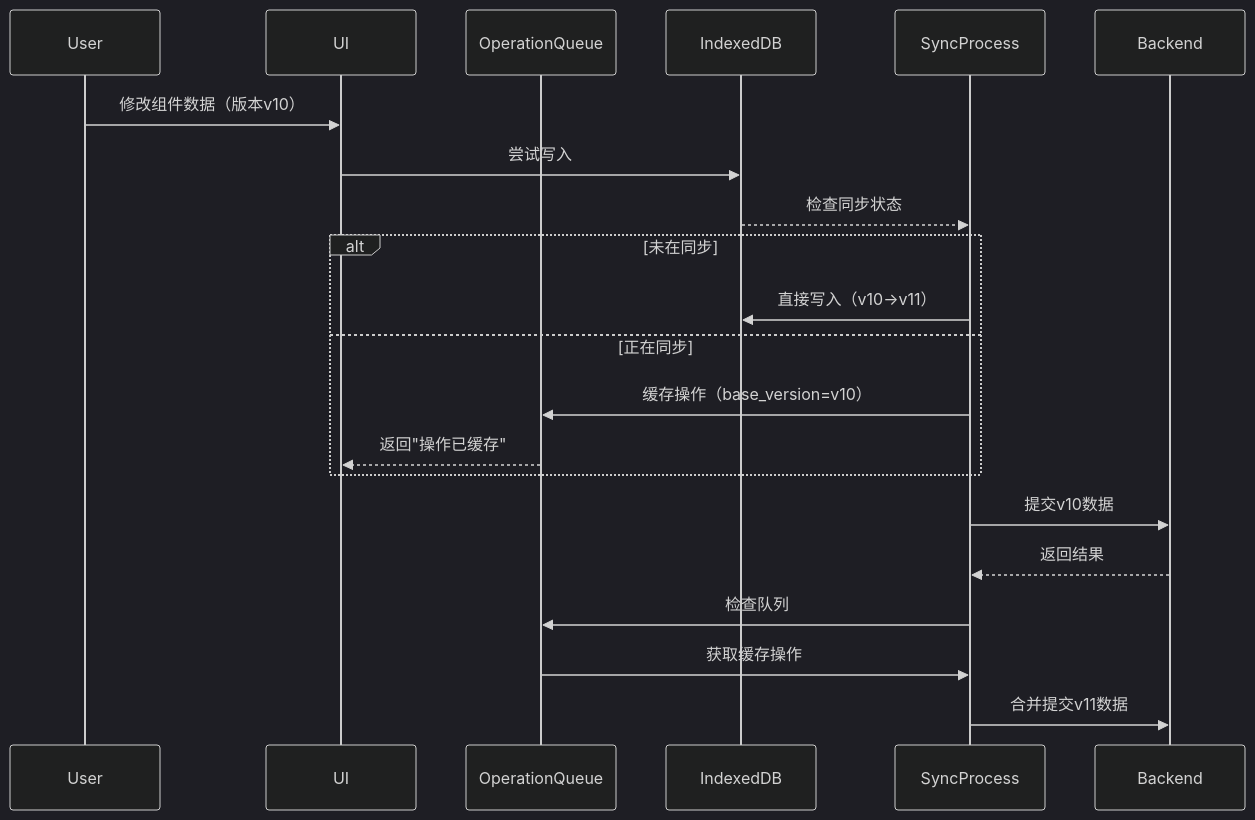
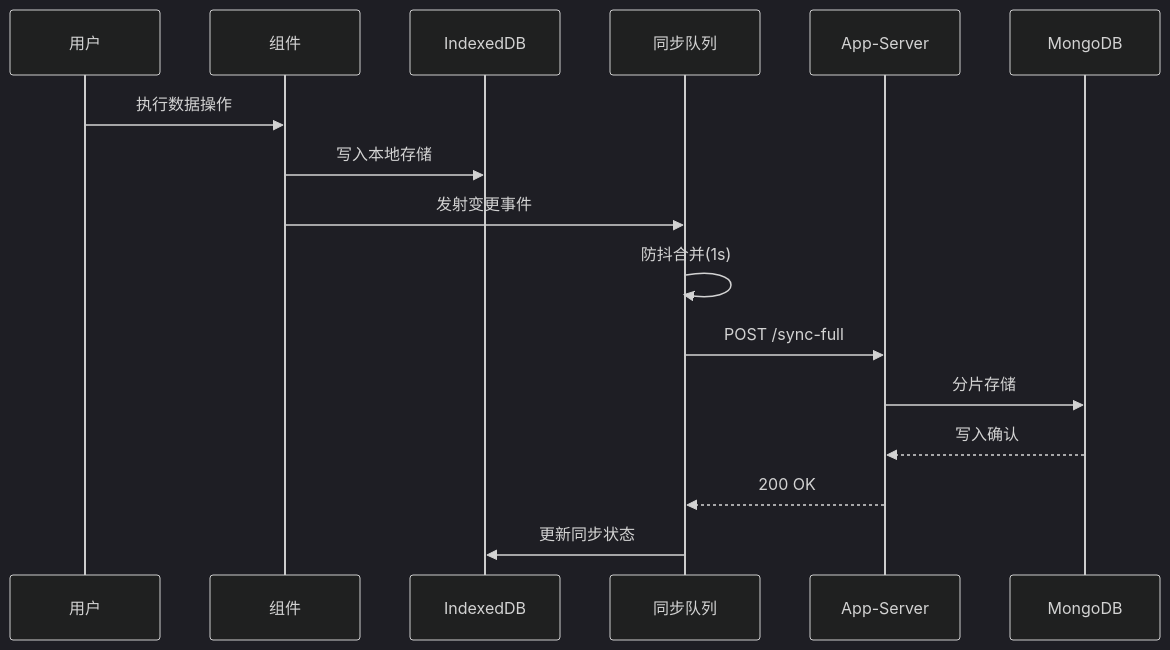
Before and after one commit to yingjianzh/iodraw-files: the diagram in all/未命名-24.md, drawn with Mermaid (dark theme).

Commit message:
2025-02-21 11:07:01 update

````diff
--- a/all/未命名-24.md
+++ b/all/未命名-24.md
@@ -1,24 +1,19 @@
 ```mermaid
 sequenceDiagram
-    participant User
-    participant UI
-    participant OperationQueue
+    participant 用户
+    participant 组件
     participant IndexedDB
-    participant SyncProcess
-    
-    User->>UI: 修改组件数据（版本v10）
-    UI->>IndexedDB: 尝试写入
-    IndexedDB-->>SyncProcess: 检查同步状态
-    alt 未在同步
-        SyncProcess->>IndexedDB: 直接写入（v10→v11）
-    else 正在同步
-        SyncProcess->>OperationQueue: 缓存操作（base_version=v10）
-        OperationQueue-->>UI: 返回"操作已缓存"
-    end
-    
-    SyncProcess->>Backend: 提交v10数据
-    Backend-->>SyncProcess: 返回结果
-    SyncProcess->>OperationQueue: 检查队列
-    OperationQueue->>SyncProcess: 获取缓存操作
-    SyncProcess->>Backend: 合并提交v11数据
+    participant 同步队列
+    participant App-Server
+    participant MongoDB
+
+    用户->>组件: 执行数据操作
+    组件->>IndexedDB: 写入本地存储
+    组件->>同步队列: 发射变更事件
+    同步队列->>同步队列: 防抖合并(1s)
+    同步队列->>App-Server: POST /sync-full
+    App-Server->>MongoDB: 分片存储
+    MongoDB-->>App-Server: 写入确认
+    App-Server-->>同步队列: 200 OK
+    同步队列->>IndexedDB: 更新同步状态
 ```
````
